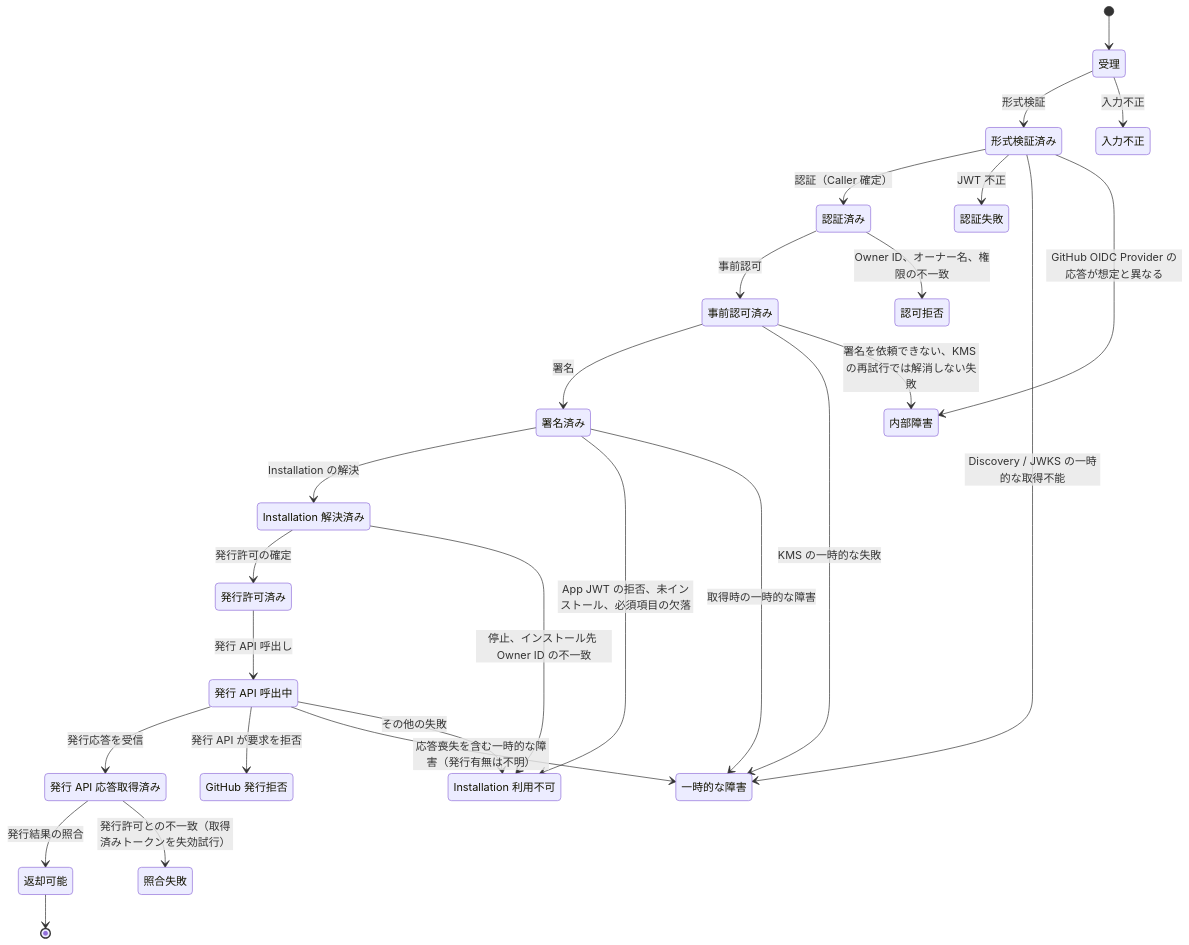
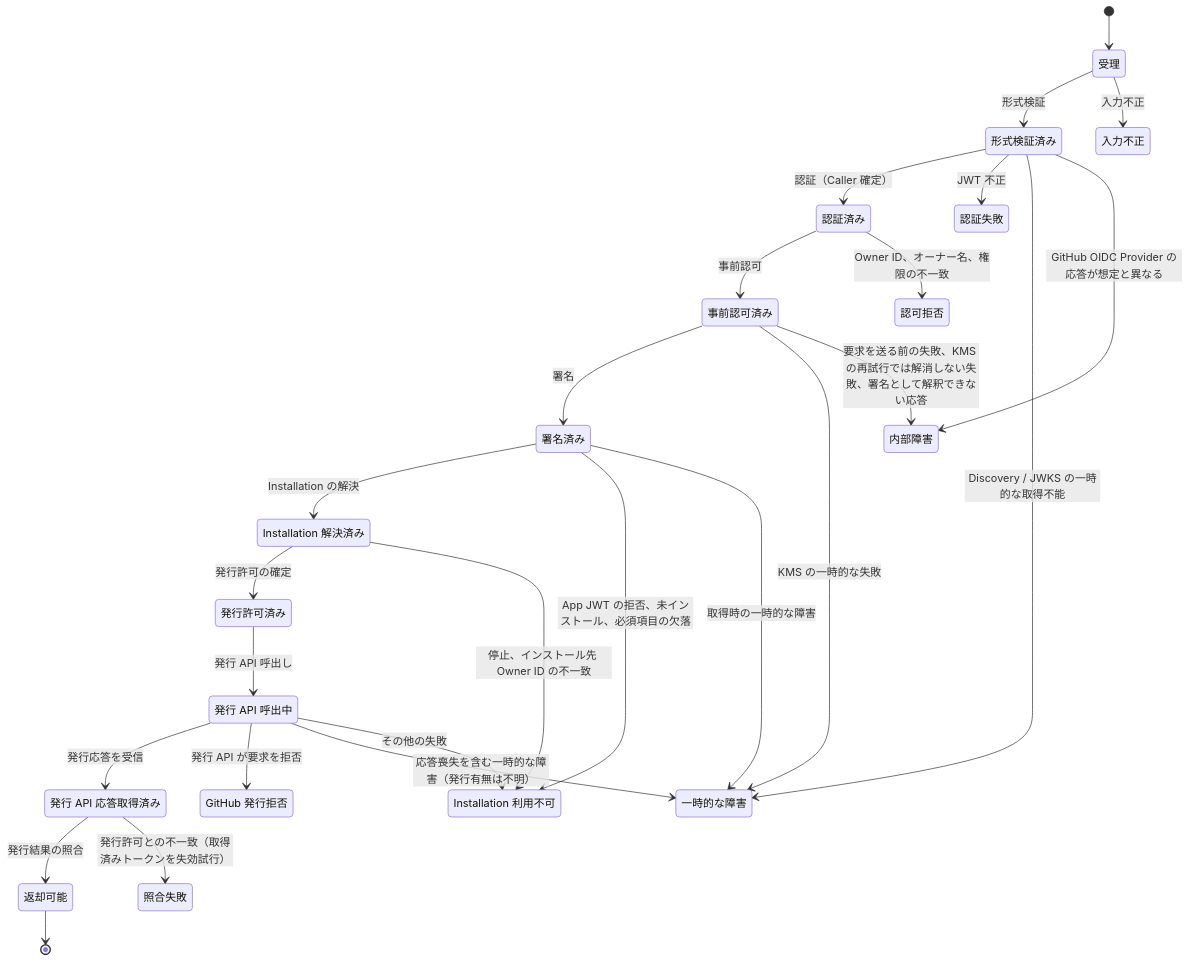
The second of 3 diagrams in docs/design/domain.md (tmknom/gates), drawn with Mermaid before and after one commit. The commit also changed other lines of this file and 10 other files, not shown here.

````diff
--- a/docs/design/domain.md
+++ b/docs/design/domain.md
@@ -310,46 +310,46 @@
 ```mermaid
 stateDiagram-v2
   state "受理" as received
   state "形式検証済み" as validated
   state "認証済み" as authenticated
   state "事前認可済み" as preauthorized
   state "署名済み" as signed
   state "Installation 解決済み" as resolved
   state "発行許可済み" as granted
   state "発行 API 応答取得済み" as issue_responded
   state "発行 API 呼出中" as issue_requested
   state "返却可能" as returnable
   state "入力不正" as rej_request
   state "認証失敗" as rej_auth
   state "認可拒否" as rej_authz
   state "Installation 利用不可" as rej_installation
   state "GitHub 発行拒否" as rej_issue
   state "照合失敗" as rej_verify
   state "一時的な障害" as rej_transient
   state "内部障害" as rej_internal
   [*] --> received
   received --> validated : 形式検証
   received --> rej_request : 入力不正
   validated --> authenticated : 認証（Caller 確定）
   validated --> rej_auth : JWT 不正
   validated --> rej_transient : Discovery / JWKS の一時的な取得不能
   validated --> rej_internal : GitHub OIDC Provider の応答が想定と異なる
   authenticated --> preauthorized : 事前認可
   authenticated --> rej_authz : Owner ID、オーナー名、権限の不一致
   preauthorized --> signed : 署名
   preauthorized --> rej_transient : KMS の一時的な失敗
-  preauthorized --> rej_internal : 署名を依頼できない、KMS の再試行では解消しない失敗
+  preauthorized --> rej_internal : 要求を送る前の失敗、KMS の再試行では解消しない失敗、署名として解釈できない応答
   signed --> resolved : Installation の解決
   signed --> rej_installation : App JWT の拒否、未インストール、必須項目の欠落
   signed --> rej_transient : 取得時の一時的な障害
   resolved --> granted : 発行許可の確定
   resolved --> rej_installation : 停止、インストール先 Owner ID の不一致
   granted --> issue_requested : 発行 API 呼出し
   issue_requested --> issue_responded : 発行応答を受信
   issue_requested --> rej_issue : 発行 API が要求を拒否
   issue_requested --> rej_transient : 応答喪失を含む一時的な障害（発行有無は不明）
   issue_requested --> rej_installation : その他の失敗
   issue_responded --> returnable : 発行結果の照合
   issue_responded --> rej_verify : 発行許可との不一致（取得済みトークンを失効試行）
   returnable --> [*]
 ```
````
